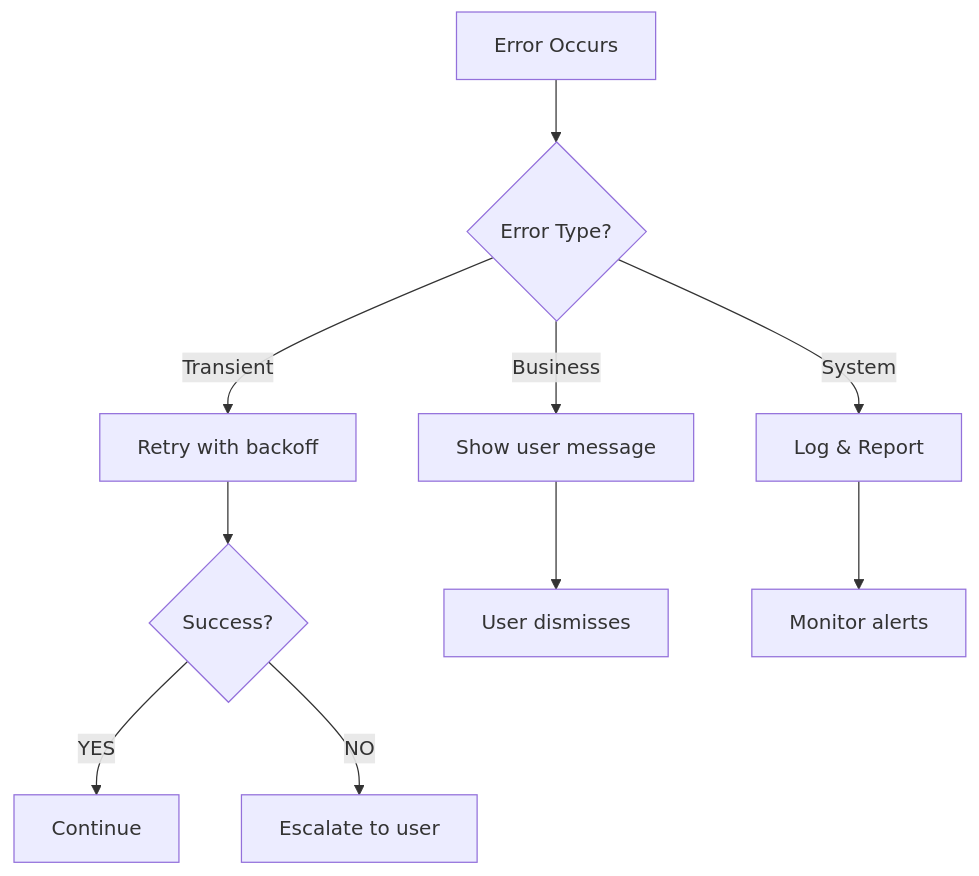
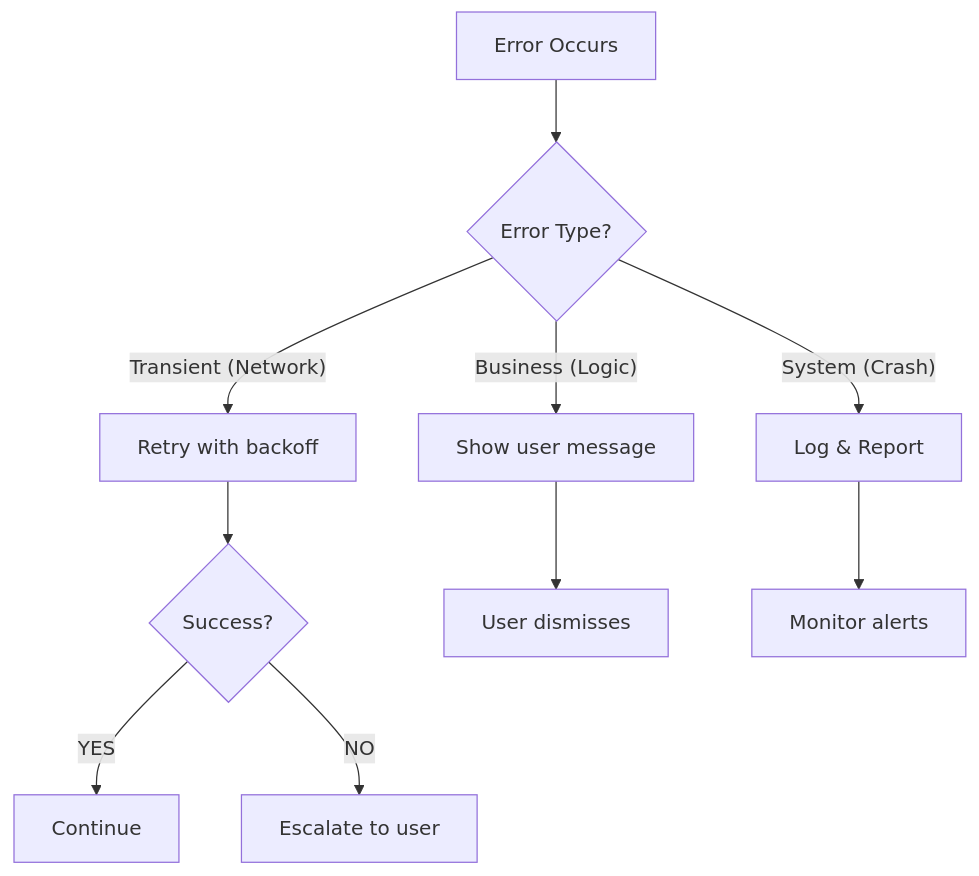
Before and after one commit to lploc94/flutter_orchestrator: the tenth of 14 diagrams in book/chapters/07_best_practices.md, drawn with Mermaid. The commit also changed other lines of this file and 31 other files, not shown here.

````diff
--- a/book/chapters/07_best_practices.md
+++ b/book/chapters/07_best_practices.md
@@ -212,15 +243,15 @@
 ```mermaid
 flowchart TD
     Error["Error Occurs"] --> Type{"Error Type?"}
     
-    Type -->|"Transient"| Retry["Retry with backoff"]
-    Type -->|"Business"| UserMessage["Show user message"]
-    Type -->|"System"| Log["Log & Report"]
+    Type -->|"Transient (Network)"| Retry["Retry with backoff"]
+    Type -->|"Business (Logic)"| UserMessage["Show user message"]
+    Type -->|"System (Crash)"| Log["Log & Report"]
     
     Retry --> Success{"Success?"}
     Success -->|"YES"| Continue["Continue"]
     Success -->|"NO"| Escalate["Escalate to user"]
     
     UserMessage --> Dismiss["User dismisses"]
     Log --> Monitor["Monitor alerts"]
 ```
````
